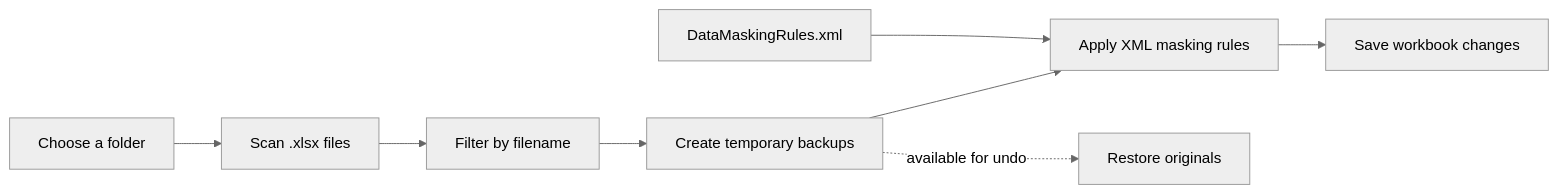
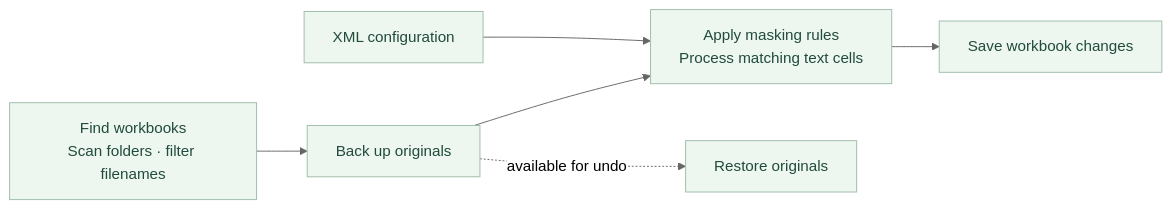
The diagram in README.md (niccChen/postal-savings-bank-Postshield), drawn with Mermaid (neutral theme) before and after one commit.

Commit message:
Improve workflow diagram readability on GitHub

````diff
--- a/README.md
+++ b/README.md
@@ -55,10 +55,10 @@
 ```mermaid
 flowchart LR
-    A[Choose a folder] --> B[Scan .xlsx files]
-    B --> C[Filter by filename]
-    C --> D[Create temporary backups]
-    D --> E[Apply XML masking rules]
-    E --> F[Save workbook changes]
-    D -. available for undo .-> G[Restore originals]
-    H[DataMaskingRules.xml] --> E
+    A["Find workbooks<br/>Scan folders · filter filenames"] --> B["Back up originals"]
+    B --> C["Apply masking rules<br/>Process matching text cells"]
+    C --> D["Save workbook changes"]
+    E["XML configuration"] --> C
+    B -. available for undo .-> F["Restore originals"]
+    classDef stage fill:#edf6ef,stroke:#9dbdaa,color:#214b3e;
+    class A,B,C,D,E,F stage;
 ```
````
